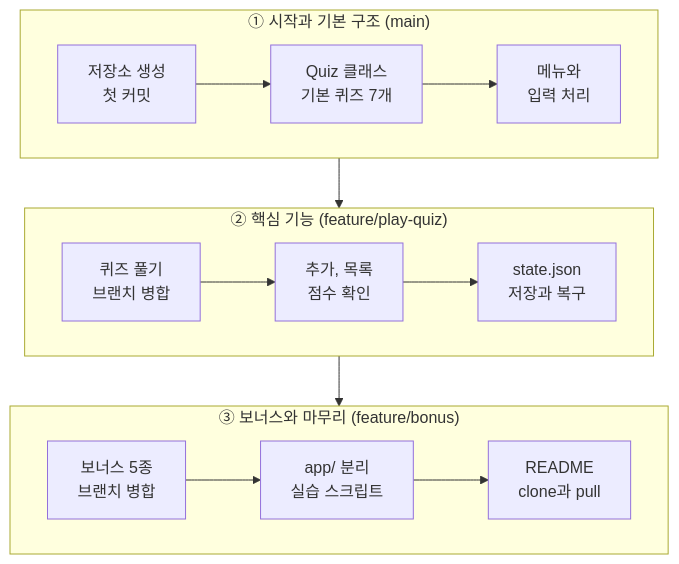
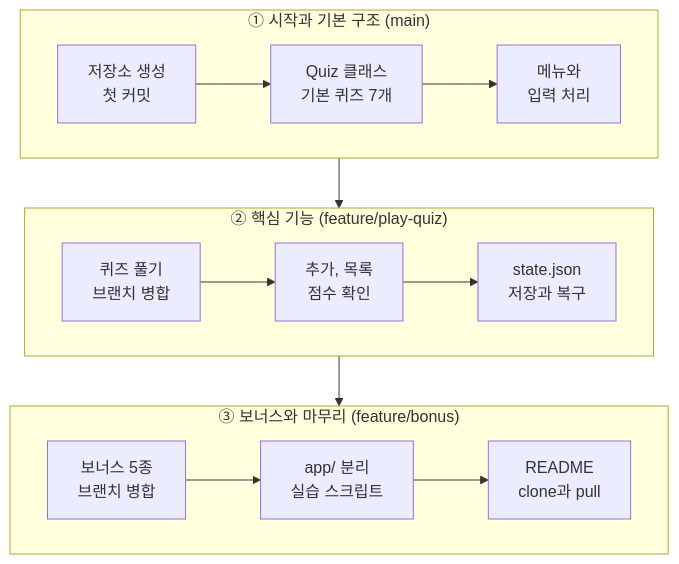
One commit to ilililililil4319/E1-2 changed the first of 2 diagrams in README.md. Above: the diagram before and after it, drawn with Mermaid. The commit also changed other lines of this file, not shown here.

Commit message:
Docs: 흐름도·구조도 글자가 GitHub에서 글자 단위로 끊기지 않도록 수정
- mermaid 도표를 HTML 라벨 대신 SVG 글자(htmlLabels: false)로 그리게 설정
- HTML 라벨은 GitHub 글꼴 폭 계산이 어긋나면 '입/력'처럼 줄바꿈됨
- SVG 글자는 자동 줄바꿈 없이 <br/>로 지정한 곳에서만 줄이 바뀜

````diff
--- a/README.md
+++ b/README.md
@@ -227,16 +227,17 @@
 ```mermaid
+%%{init: {'flowchart': {'htmlLabels': false}}}%%
 flowchart TB
     subgraph R1["① 시작과 기본 구조 (main)"]
         direction LR
         A["저장소 생성<br/>첫 커밋"] --> B["Quiz 클래스<br/>기본 퀴즈 7개"] --> C["메뉴와<br/>입력 처리"]
     end
     subgraph R2["② 핵심 기능 (feature/play-quiz)"]
         direction LR
         D["퀴즈 풀기<br/>브랜치 병합"] --> E["추가, 목록<br/>점수 확인"] --> F["state.json<br/>저장과 복구"]
     end
     subgraph R3["③ 보너스와 마무리 (feature/bonus)"]
         direction LR
         G["보너스 5종<br/>브랜치 병합"] --> H["app/ 분리<br/>실습 스크립트"] --> I["README<br/>clone과 pull"]
     end
     R1 --> R2 --> R3
 ```
````
